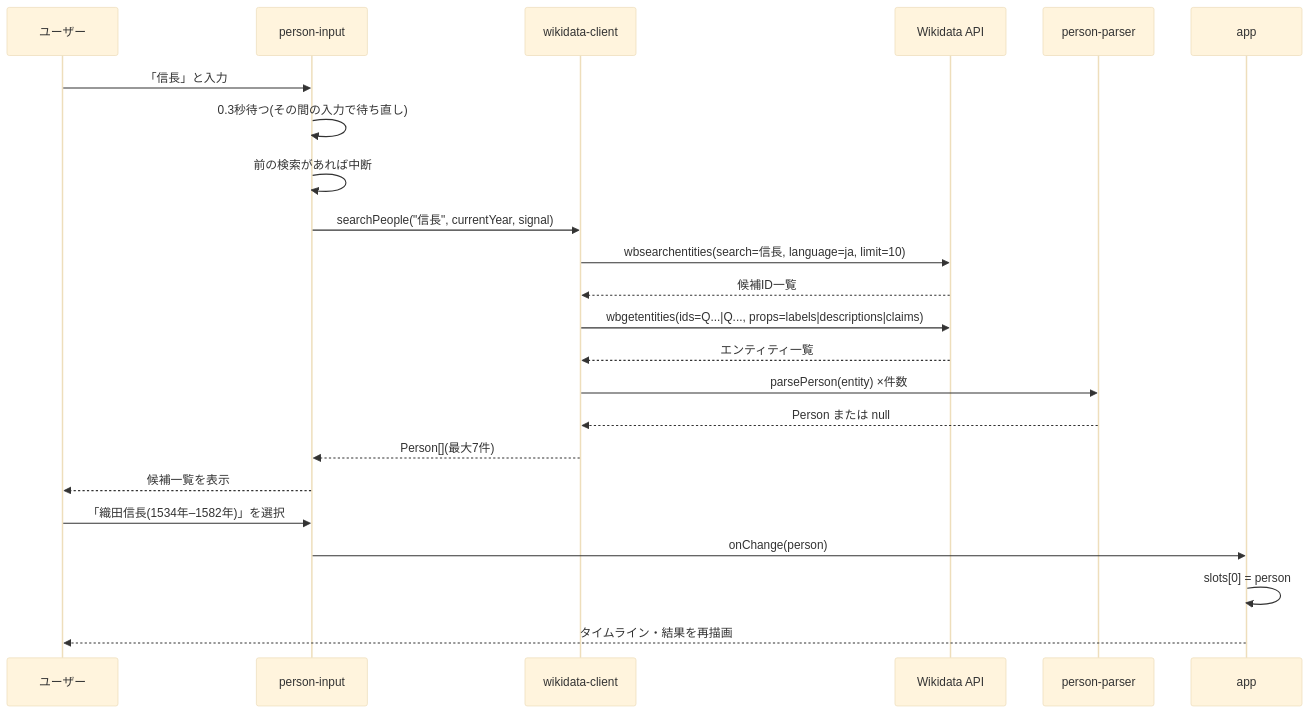
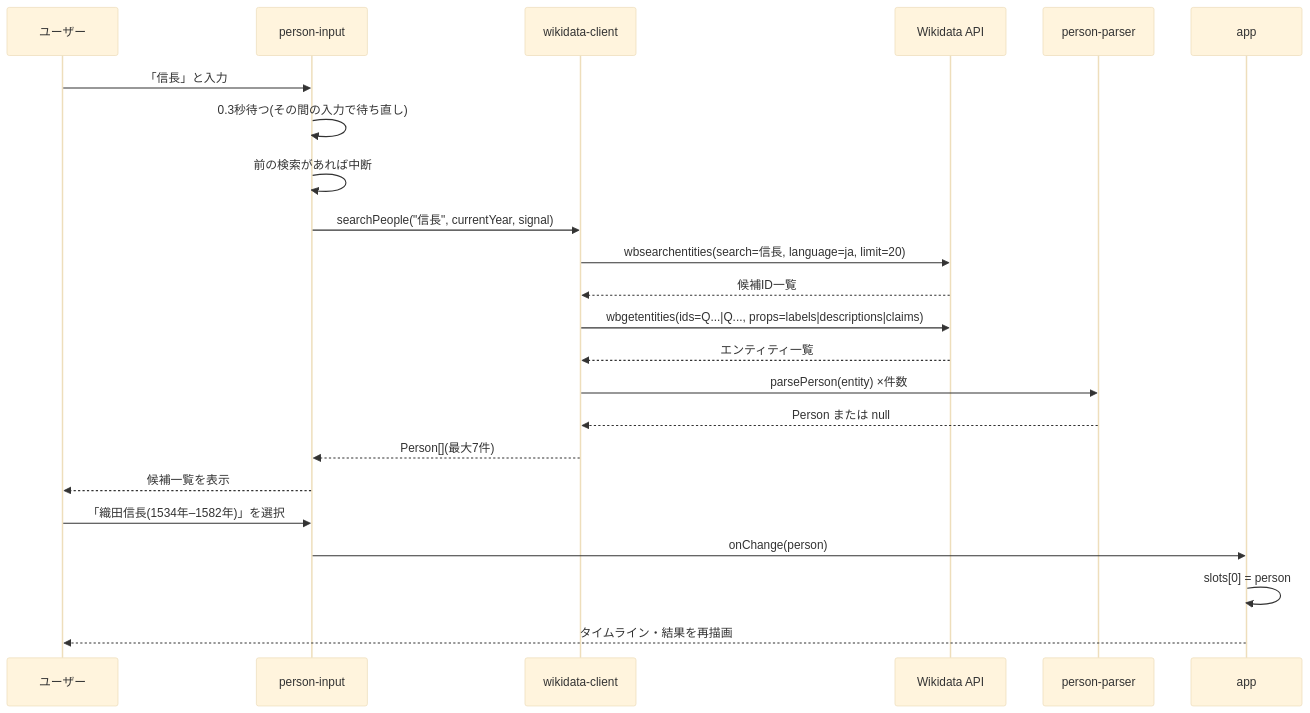
Before and after one commit to nogawa-asase/ijin-timeline: the third of 5 diagrams in docs/functional-design.md, drawn with Mermaid (base theme). The commit also changed other lines of this file and 7 other files, not shown here.

````diff
--- a/docs/functional-design.md
+++ b/docs/functional-design.md
@@ -356,26 +356,26 @@
 ```mermaid
 sequenceDiagram
     participant User as ユーザー
     participant Input as person-input
     participant Client as wikidata-client
     participant API as Wikidata API
     participant Parser as person-parser
     participant App as app
 
     User->>Input: 「信長」と入力
     Input->>Input: 0.3秒待つ(その間の入力で待ち直し)
     Input->>Input: 前の検索があれば中断
     Input->>Client: searchPeople("信長", currentYear, signal)
-    Client->>API: wbsearchentities(search=信長, language=ja, limit=10)
+    Client->>API: wbsearchentities(search=信長, language=ja, limit=20)
     API-->>Client: 候補ID一覧
     Client->>API: wbgetentities(ids=Q...|Q..., props=labels|descriptions|claims)
     API-->>Client: エンティティ一覧
     Client->>Parser: parsePerson(entity) ×件数
     Parser-->>Client: Person または null
     Client-->>Input: Person[](最大7件)
     Input-->>User: 候補一覧を表示
     User->>Input: 「織田信長(1534年–1582年)」を選択
     Input->>App: onChange(person)
     App->>App: slots[0] = person
     App-->>User: タイムライン・結果を再描画
 ```
````
